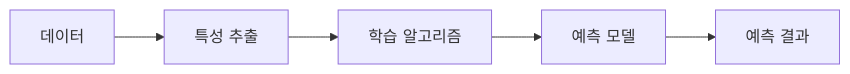
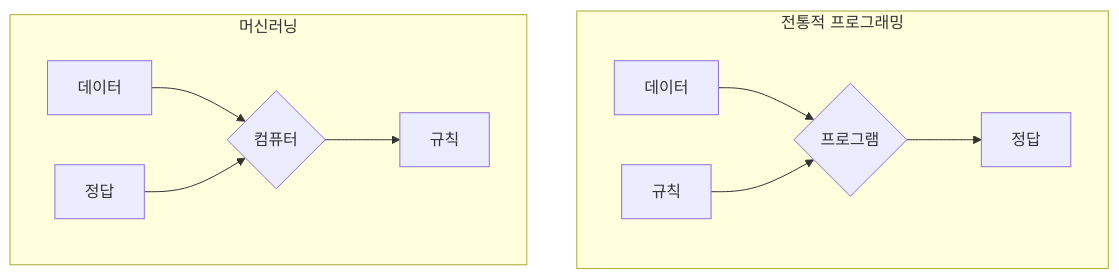
Before and after one commit to hanaoverride/data-scientist-cookbook-for-korean: the first of 2 diagrams in Chapter II. 데이터과학 기초/2. 머신러닝 입문하기/1. 머신러닝과 딥러닝 개념 이해.md, drawn with Mermaid. The commit also changed other lines of this file and 132 other files, not shown here.

````diff
--- a/Chapter II. 데이터과학 기초/2. 머신러닝 입문하기/1. 머신러닝과 딥러닝 개념 이해.md
+++ b/Chapter II. 데이터과학 기초/2. 머신러닝 입문하기/1. 머신러닝과 딥러닝 개념 이해.md
@@ -154,7 +38,14 @@
 ```mermaid
-flowchart LR
-    A[데이터] --> B[특성 추출]
-    B --> C[학습 알고리즘]
-    C --> D[예측 모델]
-    D --> E[예측 결과]
+graph TD
+    subgraph "전통적 프로그래밍"
+        A[데이터] --> C{프로그램};
+        B[규칙] --> C;
+        C --> D[정답];
+    end
+
+    subgraph "머신러닝"
+        E[데이터] --> G{컴퓨터};
+        F[정답] --> G;
+        G --> H[규칙];
+    end
 ```
````
